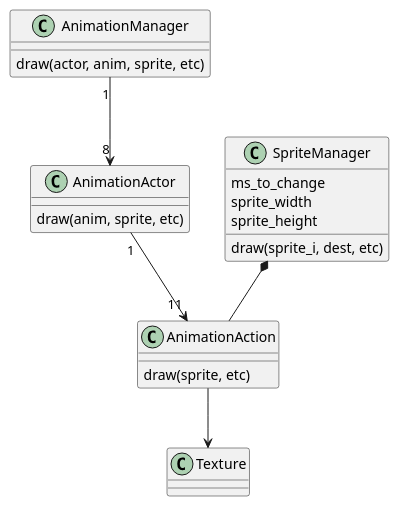
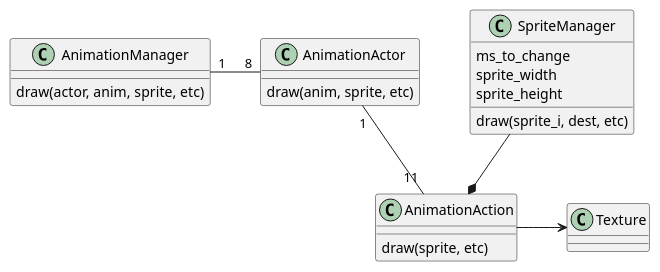
One commit to Luansair/Taller1-TP-Left4Dead changed the diagram in docs/animation_classes1.puml. Above: the diagram before and after it, drawn with PlantUML. The commit also changed 2 other files, not shown here.

```diff
--- a/docs/animation_classes1.puml
+++ b/docs/animation_classes1.puml
@@ -1,34 +1,34 @@
 @startuml
 'https://plantuml.com/class-diagram
 
 class AnimationManager {
     draw(actor, anim, sprite, etc)
 }
 
 class AnimationActor {
     draw(anim, sprite, etc)
 }
 
 class AnimationAction {
     draw(sprite, etc)
 }
 
 class Texture {
 }
 
 class SpriteManager {
     ms_to_change
     sprite_width
     sprite_height
 
     draw(sprite_i, dest, etc)
 }
 
 
-
-AnimationManager "1" --> "8" AnimationActor
-AnimationActor "1" --> "11" AnimationAction
-AnimationAction --> Texture
-SpriteManager *-- AnimationAction
+skinparam nodesep 50
+AnimationManager "1" - "8" AnimationActor
+AnimationActor "1" -- "11" AnimationAction
+AnimationAction -> Texture
+SpriteManager --* AnimationAction
 
 @enduml
```
